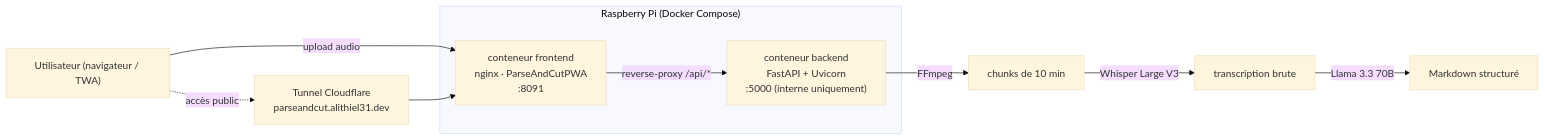
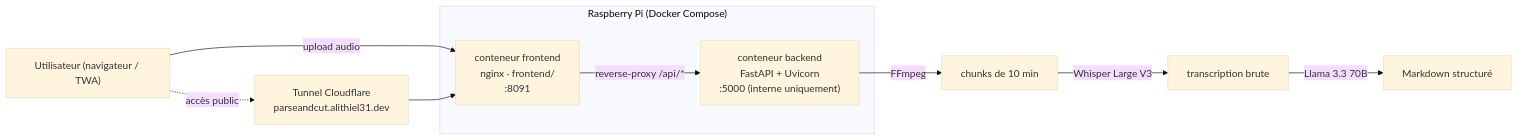
The diagram in README.fr.md (Alithiel31/ParseAndCutV2), drawn with Mermaid (base theme) before and after one commit. The commit also changed other lines of this file and 8 other files, not shown here.

````diff
--- a/README.fr.md
+++ b/README.fr.md
@@ -63,17 +63,17 @@
 ```mermaid
 flowchart LR
     U["Utilisateur (navigateur / TWA)"] -->|upload audio| FE
 
     subgraph Pi["Raspberry Pi (Docker Compose)"]
-        FE["conteneur frontend<br/>nginx · ParseAndCutPWA<br/>:8091"]
+        FE["conteneur frontend<br/>nginx · frontend/<br/>:8091"]
         BE["conteneur backend<br/>FastAPI + Uvicorn<br/>:5000 (interne uniquement)"]
         FE -->|reverse-proxy /api/*| BE
     end
 
     BE -->|FFmpeg| CHUNK["chunks de 10 min"]
     CHUNK -->|Whisper Large V3| TXT["transcription brute"]
     TXT -->|Llama 3.3 70B| MD["Markdown structuré"]
 
     TUN["Tunnel Cloudflare<br/>parseandcut.alithiel31.dev"] --> FE
     U -.->|accès public| TUN
 ```
````
